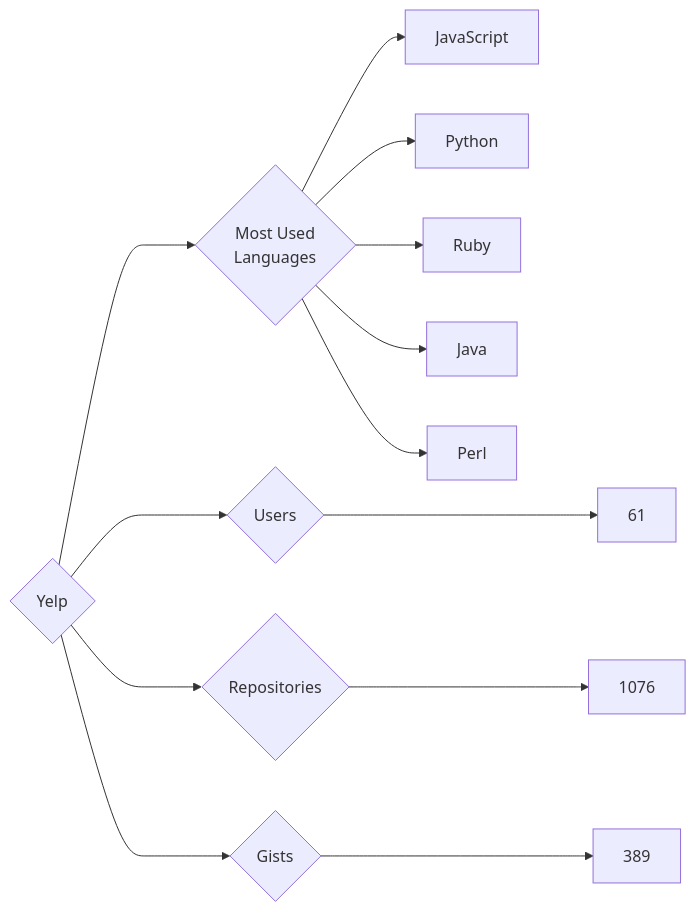
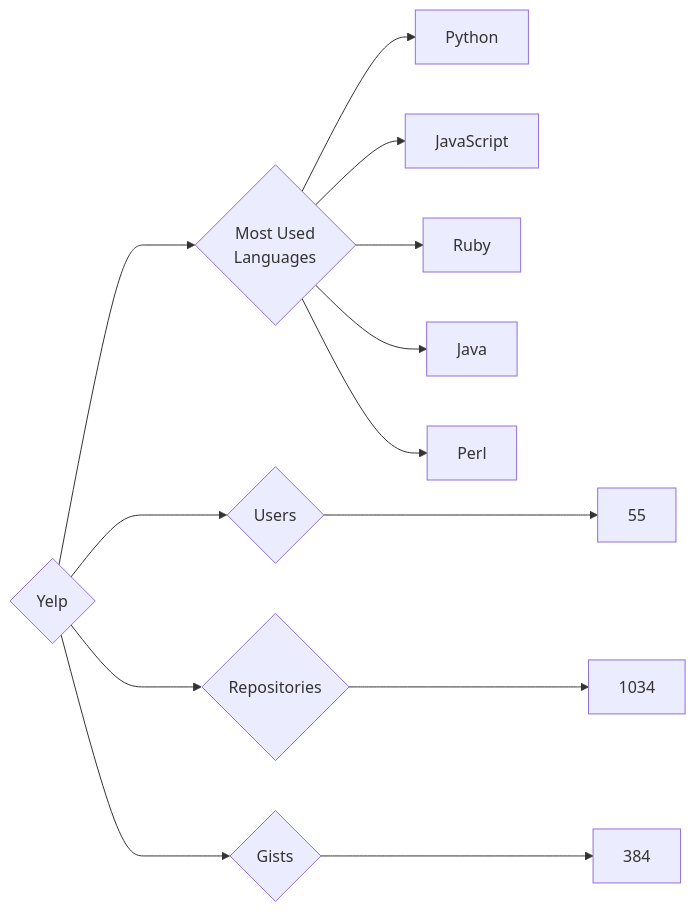
One commit to trickest/insiders changed the diagram in targets/Yelp/README.md. Above: the diagram before and after it, drawn with Mermaid. The commit also changed 770 other files, not shown here.

````diff
--- a/targets/Yelp/README.md
+++ b/targets/Yelp/README.md
@@ -3,13 +3,13 @@
 ```mermaid
 graph LR
 COMPANY_NAME{Yelp}
-COMPANY_NAME ---> U{Users} ---> UN[61]
-COMPANY_NAME ---> R{Repositories} ---> RN[1076]
-COMPANY_NAME ---> G{Gists} ---> GN[389]
+COMPANY_NAME ---> U{Users} ---> UN[55]
+COMPANY_NAME ---> R{Repositories} ---> RN[1034]
+COMPANY_NAME ---> G{Gists} ---> GN[384]
 COMPANY_NAME ---> ML{Most Used<br>Languages}
+ML --> Python[Python]
 ML --> JavaScript[JavaScript]
-ML --> Python[Python]
 ML --> Ruby[Ruby]
 ML --> Java[Java]
 ML --> Perl[Perl]
 ```
````
